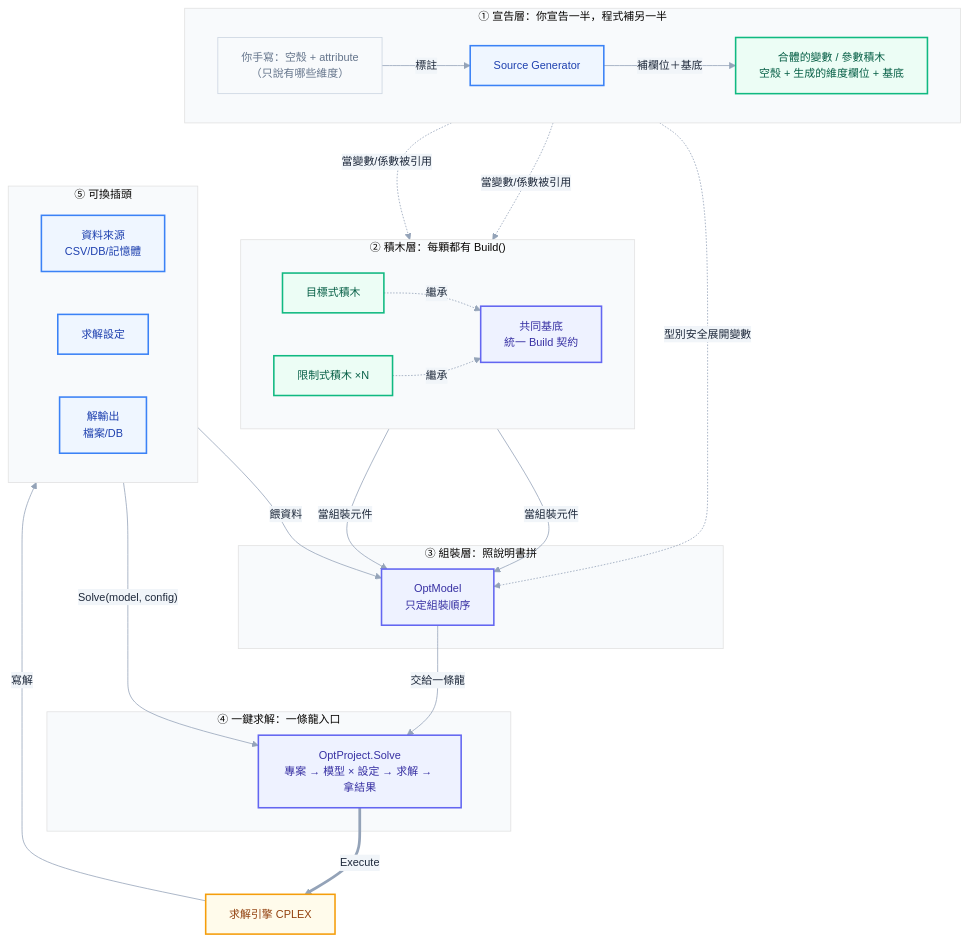
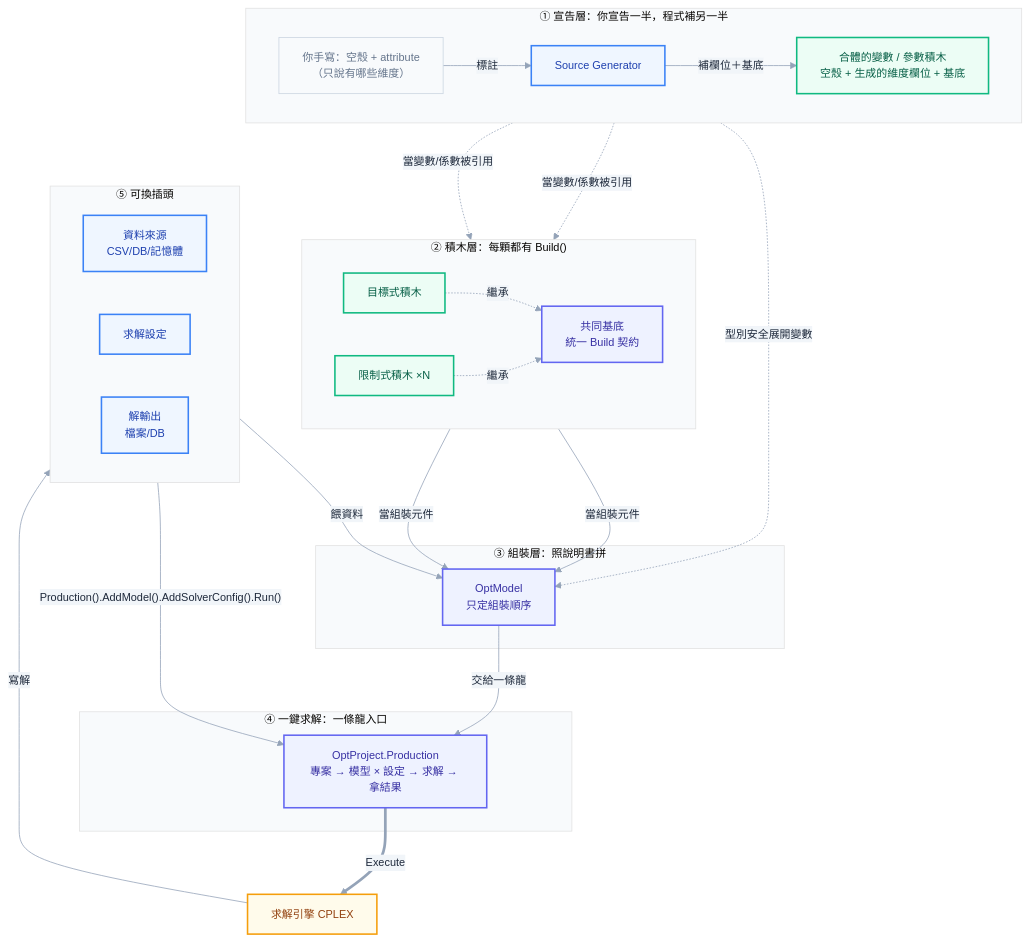
Before and after one commit to zxcbig7/OptimFoundation: the first of 2 diagrams in specs/developer-guide.md, drawn with Mermaid. The commit also changed other lines of this file and 24 other files, not shown here.

First line of the commit message:
feat: OptModel 泛型短寫法、正式求解改 Production builder

````diff
--- a/specs/developer-guide.md
+++ b/specs/developer-guide.md
@@ -119,63 +123,63 @@
 ```mermaid
 %%{init: {'theme':'base','themeVariables':{
   'fontFamily':'ui-sans-serif, -apple-system, Segoe UI, Roboto, sans-serif',
   'fontSize':'14px',
   'primaryColor':'#eef2ff',
   'primaryTextColor':'#1e293b',
   'primaryBorderColor':'#6366f1',
   'lineColor':'#94a3b8',
   'secondaryColor':'#f1f5f9',
   'tertiaryColor':'#f8fafc'
 },'flowchart':{'curve':'basis','nodeSpacing':55,'rankSpacing':60,'htmlLabels':true}}}%%
 flowchart TD
   subgraph L0["① 宣告層：你宣告一半，程式補另一半"]
     direction LR
     DECL["你手寫：空殼 + attribute<br/>（只說有哪些維度）"]:::muted
     GEN["Source Generator"]:::accent
     BLKV["合體的變數 / 參數積木<br/>空殼 + 生成的維度欄位 + 基底"]:::success
     DECL -->|"標註"| GEN -->|"補欄位＋基底"| BLKV
   end
 
   subgraph L1["② 積木層：每顆都有 Build()"]
     direction LR
     BASE["共同基底<br/>統一 Build 契約"]:::primary
     OBJ["目標式積木"]:::success
     CON["限制式積木 ×N"]:::success
     OBJ -.繼承.-> BASE
     CON -.繼承.-> BASE
   end
 
   subgraph L2["③ 組裝層：照說明書拼"]
     MODEL["OptModel<br/>只定組裝順序"]:::primary
   end
 
   subgraph L3["④ 一鍵求解：一條龍入口"]
-    OPT["OptProject.Solve<br/>專案 → 模型 × 設定 → 求解 → 拿結果"]:::primary
+    OPT["OptProject.Production<br/>專案 → 模型 × 設定 → 求解 → 拿結果"]:::primary
   end
 
   subgraph L4["⑤ 可換插頭"]
     direction LR
     DS["資料來源<br/>CSV/DB/記憶體"]:::accent
     CFG["求解設定"]:::accent
     SINK["解輸出<br/>檔案/DB"]:::accent
   end
 
   ENGINE["求解引擎 CPLEX"]:::warn
 
   BLKV -.當變數/係數被引用.-> OBJ
   BLKV -.當變數/係數被引用.-> CON
   BLKV -.型別安全展開變數.-> MODEL
   OBJ -->|"當組裝元件"| MODEL
   CON -->|"當組裝元件"| MODEL
   DS -->|"餵資料"| MODEL
   MODEL -->|"交給一條龍"| OPT
-  CFG -->|"Solve(model, config)"| OPT
+  CFG -->|"Production().AddModel().AddSolverConfig().Run()"| OPT
   OPT ==>|"Execute"| ENGINE
   ENGINE -->|"寫解"| SINK
 
   classDef primary fill:#eef2ff,stroke:#6366f1,stroke-width:2px,color:#3730a3;
   classDef success fill:#ecfdf5,stroke:#10b981,stroke-width:2px,color:#065f46;
   classDef warn fill:#fffbeb,stroke:#f59e0b,stroke-width:2px,color:#92400e;
   classDef accent fill:#eff6ff,stroke:#3b82f6,stroke-width:2px,color:#1e40af;
   classDef muted fill:#f8fafc,stroke:#cbd5e1,stroke-width:1px,color:#64748b;
 ```
````
